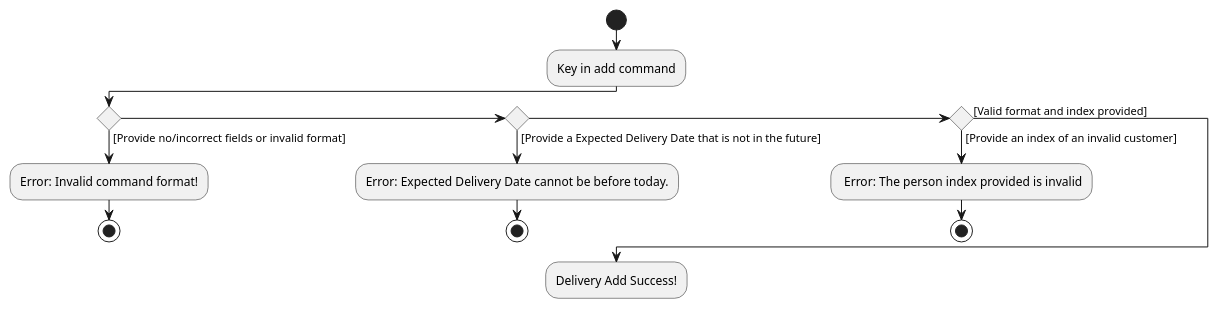
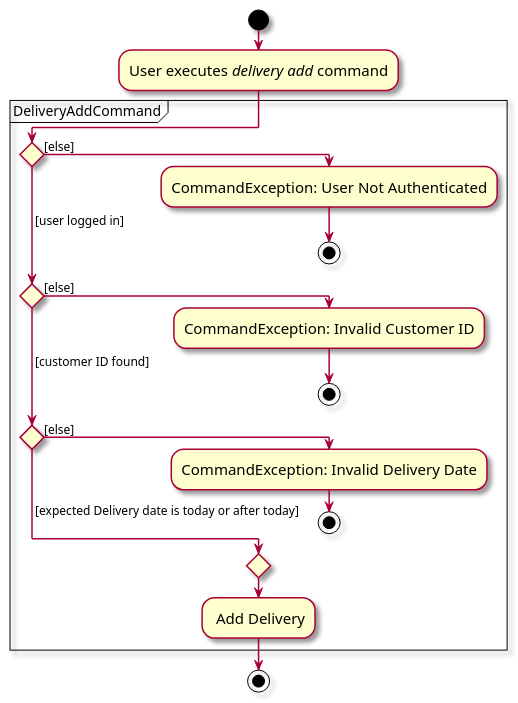
One commit to zhonghan721/tp changed the diagram in diagrams/Gabriels Diagrams/DeliveryAddActivityDiagram.puml. Above: the diagram before and after it, drawn with PlantUML. The commit also changed 89 other files, not shown here.

```diff
--- a/diagrams/Gabriels Diagrams/DeliveryAddActivityDiagram.puml
+++ b/diagrams/Gabriels Diagrams/DeliveryAddActivityDiagram.puml
@@ -1,19 +1,27 @@
 @startuml
+skin rose
+skinparam ActivityFontSize 15
+skinparam ArrowFontSize 12
+
+!pragma useVerticalIf on
 start
-:Key in add command;
+:User executes <i>delivery add</i> command;
 
- if () then ([Provide no/incorrect fields or invalid format])
-  :Error: Invalid command format!;
-  stop
-  elseif () then ([Provide a Expected Delivery Date that is not in the future])
-  :Error: Expected Delivery Date cannot be before today.;
-  stop
-  elseif () then ([Provide an index of an invalid customer])
-  : Error: The person index provided is invalid;
-  stop
+partition DeliveryAddCommand {
+    if () then ([else])
+        :CommandException: User Not Authenticated;
+        stop
+    ( [user logged in]) elseif () then ([else])
+        :CommandException: Invalid Customer ID;
+        stop
+    ( [customer ID found]) elseif () then ([else])
+        :CommandException: Invalid Delivery Date;
+        stop
+    else ( [expected Delivery date is today or after today])
+    endif
+    : Add Delivery;
+}
 
-  else ([Valid format and index provided])
-  endif
-  :Delivery Add Success!;
+stop
 
 @enduml
```
